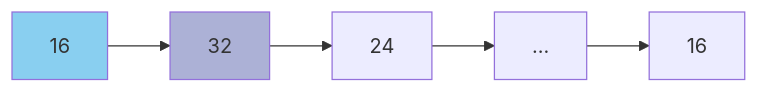
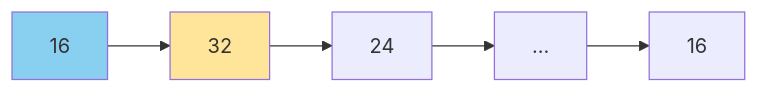
Before and after one commit to Budnarae/budnarae_archive: the first of 5 diagrams in content/posts/avl_tree.md, drawn with Mermaid. The commit also changed other lines of this file, not shown here.

````diff
--- a/content/posts/avl_tree.md
+++ b/content/posts/avl_tree.md
@@ -24,9 +24,9 @@
 ```mermaid
 graph LR
 	style A fill:#89cff0
-	style B fill:#acb1d6
+	style B fill:#ffe599
 	A[16]  -->  B[32]
 	B  -->  C[24]
 	C  -->  D[...]
 	D  -->  E[16]
-```
+```  
````
